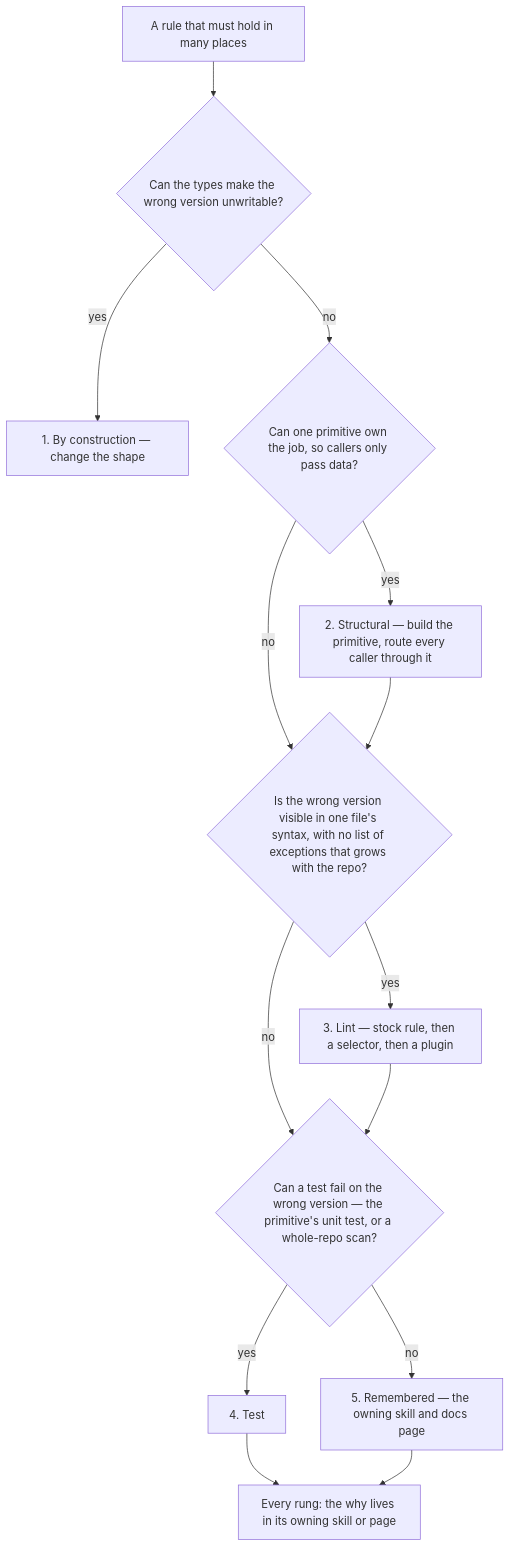
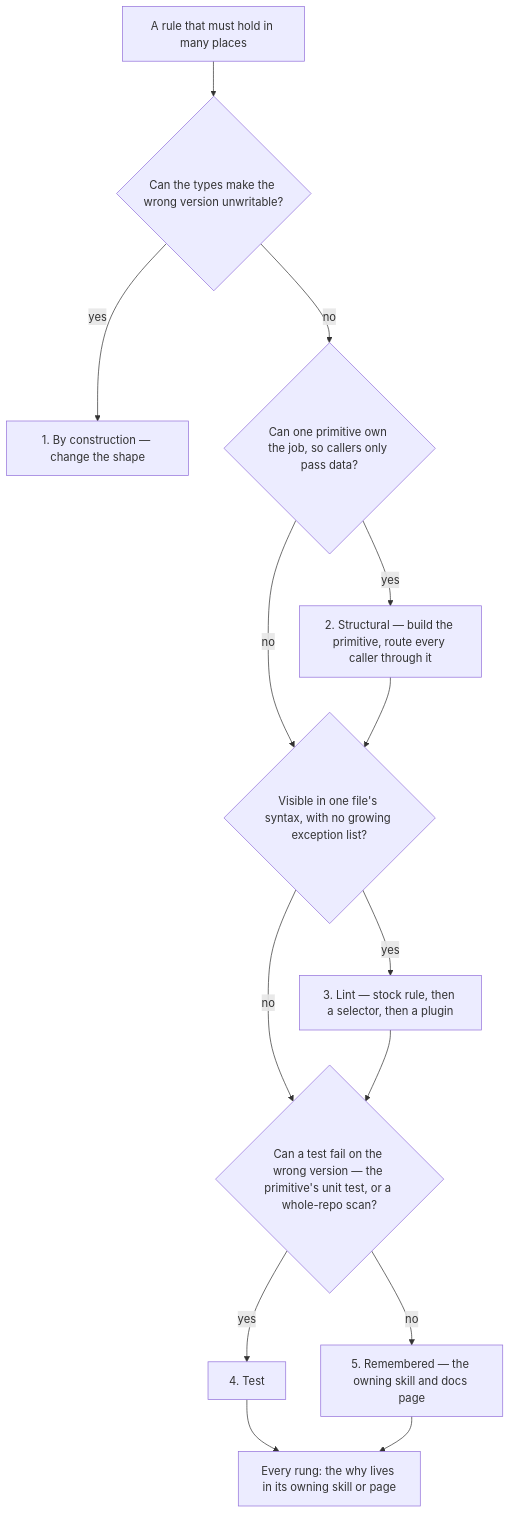
The diagram in apps/web/content/docs/architecture/enforcement-ladder.md (Esposter/Esposter), drawn with Mermaid before and after one commit.

Commit message:
docs(architecture): the enforcement ladder's lint question fits a diagram label

````diff
--- a/apps/web/content/docs/architecture/enforcement-ladder.md
+++ b/apps/web/content/docs/architecture/enforcement-ladder.md
@@ -24,16 +24,16 @@
 ```mermaid
 flowchart TD
   R["A rule that must hold in many places"] --> C{"Can the types make the wrong version unwritable?"}
   C -->|yes| T1["1. By construction — change the shape"]
   C -->|no| P{"Can one primitive own the job, so callers only pass data?"}
   P -->|yes| T2["2. Structural — build the primitive, route every caller through it"]
-  P -->|no| L{"Is the wrong version visible in one file's syntax, with no list of exceptions that grows with the repo?"}
+  P -->|no| L{"Visible in one file's syntax, with no growing exception list?"}
   T2 --> L
   L -->|yes| T3["3. Lint — stock rule, then a selector, then a plugin"]
   L -->|no| X{"Can a test fail on the wrong version — the primitive's unit test, or a whole-repo scan?"}
   T3 --> X
   X -->|yes| T4["4. Test"]
   X -->|no| T5["5. Remembered — the owning skill and docs page"]
   T4 --> W["Every rung: the why lives in its owning skill or page"]
   T5 --> W
 ```
````
